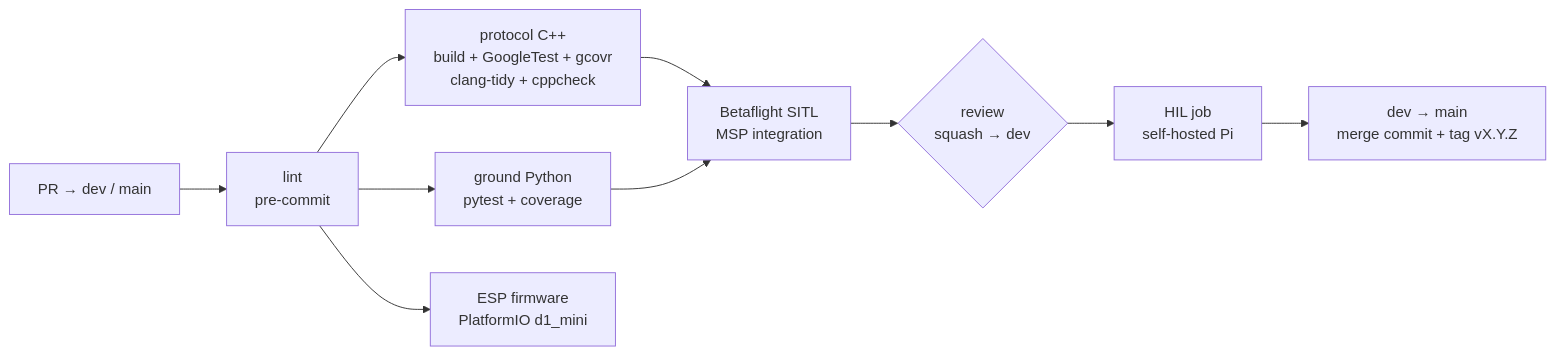
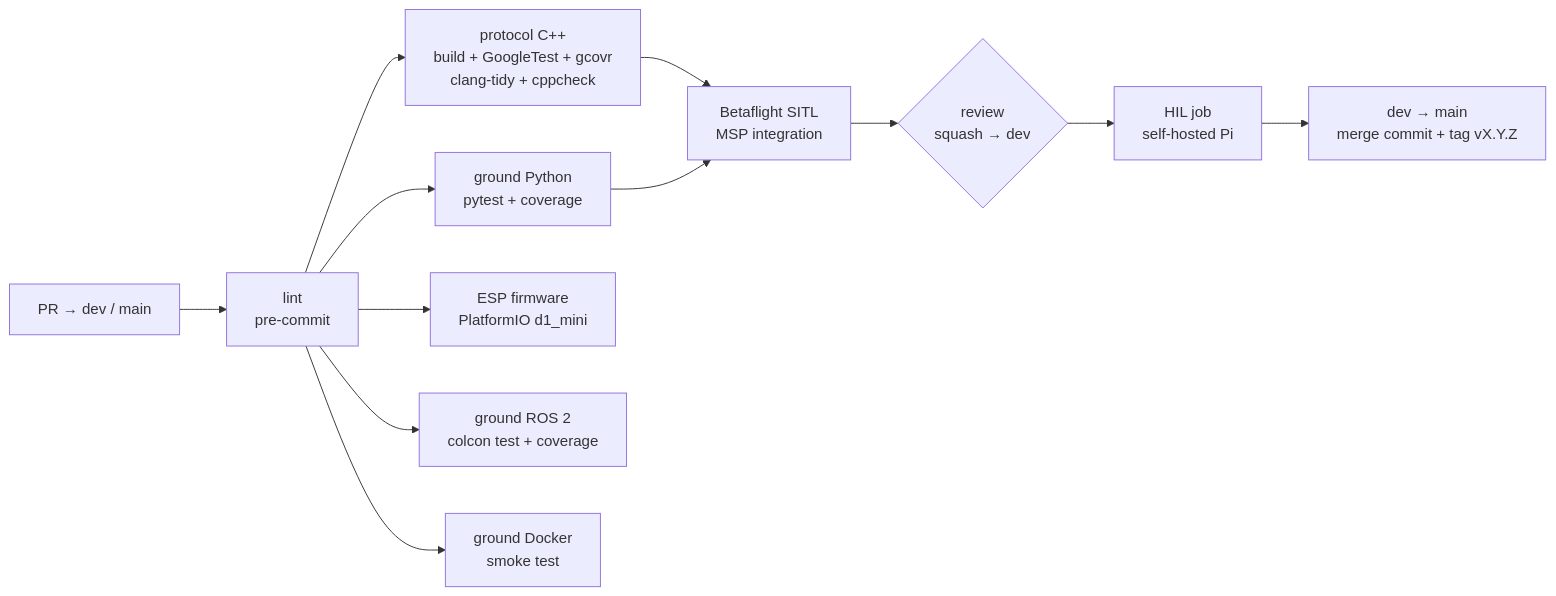
One commit to SEAME-pt/SEA-ME_Team1_ROSRangers changed the diagram in docs/PraticalPlan/04 CI-CD/CI-CD Overview.md. Above: the diagram before and after it, drawn with Mermaid. The commit also changed other lines of this file and 12 other files, not shown here.

First line of the commit message:
Prepare CI for the ROS 2 ground nodes (#74)

````diff
--- a/docs/PraticalPlan/04 CI-CD/CI-CD Overview.md
+++ b/docs/PraticalPlan/04 CI-CD/CI-CD Overview.md
@@ -24,12 +24,14 @@
 ```mermaid
 flowchart LR
   PR["PR → dev / main"] --> L["lint<br/>pre-commit"]
   L --> CPP["protocol C++<br/>build + GoogleTest + gcovr<br/>clang-tidy + cppcheck"]
   L --> PY["ground Python<br/>pytest + coverage"]
   L --> FW["ESP firmware<br/>PlatformIO d1_mini"]
+  L --> ROS["ground ROS 2<br/>colcon test + coverage"]
+  L --> DCK["ground Docker<br/>smoke test"]
   CPP --> SITL["Betaflight SITL<br/>MSP integration"]
   PY --> SITL
   SITL --> REV{"review<br/>squash → dev"}
   REV --> HIL["HIL job<br/>self-hosted Pi"]
   HIL --> MAIN["dev → main<br/>merge commit + tag vX.Y.Z"]
 ```
````
